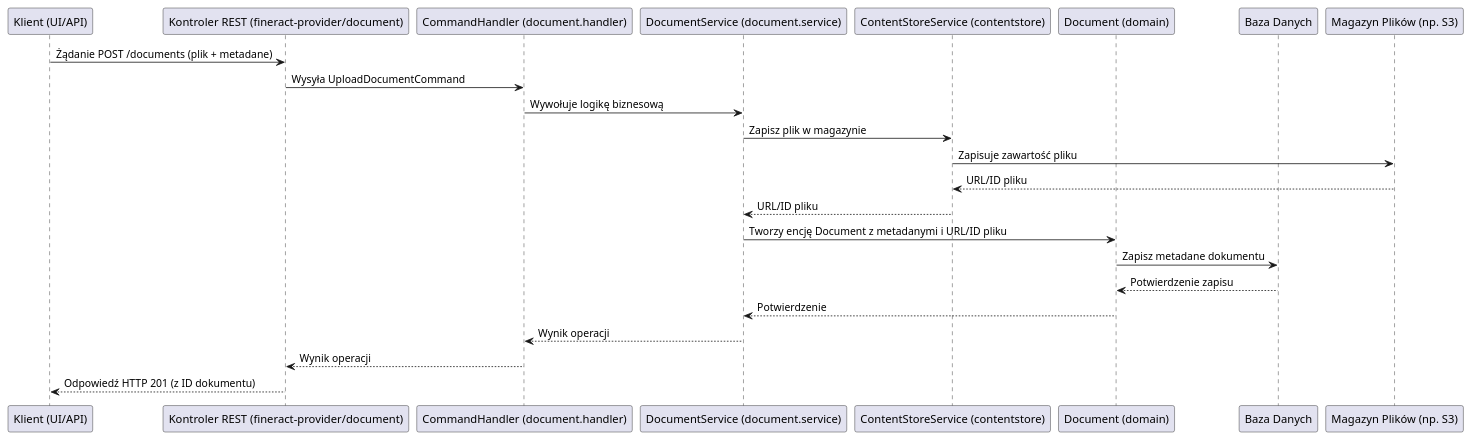
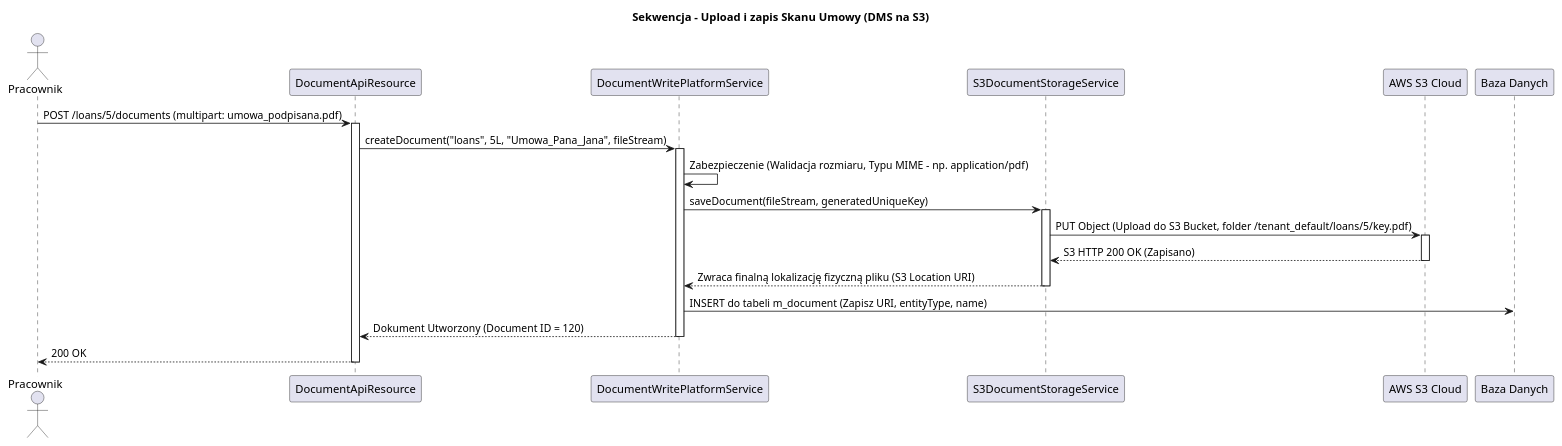
Before and after one commit to mrkwjck/fineract: the second of 2 diagrams in docs/fineract-document.md, drawn with PlantUML. The commit also changed other lines of this file and 36 other files, not shown here.

````diff
--- a/docs/fineract-document.md
+++ b/docs/fineract-document.md
@@ -31,28 +49,37 @@
 ```plantuml
 @startuml
-participant "Klient (UI/API)" as Client
-participant "Kontroler REST (fineract-provider/document)" as DocumentController
-participant "CommandHandler (document.handler)" as DocumentCommandHandler
-participant "DocumentService (document.service)" as DocumentService
-participant "ContentStoreService (contentstore)" as ContentStoreService
-participant "Document (domain)" as DocumentEntity
-participant "Baza Danych" as Database
-participant "Magazyn Plików (np. S3)" as FileStorage
+title Sekwencja - Upload i zapis Skanu Umowy (DMS na S3)
 
-Client -> DocumentController: Żądanie POST /documents (plik + metadane)
-DocumentController -> DocumentCommandHandler: Wysyła UploadDocumentCommand
-DocumentCommandHandler -> DocumentService: Wywołuje logikę biznesową
-DocumentService -> ContentStoreService: Zapisz plik w magazynie
-ContentStoreService -> FileStorage: Zapisuje zawartość pliku
-FileStorage --> ContentStoreService: URL/ID pliku
-ContentStoreService --> DocumentService: URL/ID pliku
-DocumentService -> DocumentEntity: Tworzy encję Document z metadanymi i URL/ID pliku
-DocumentEntity -> Database: Zapisz metadane dokumentu
-Database --> DocumentEntity: Potwierdzenie zapisu
-DocumentEntity --> DocumentService: Potwierdzenie
-DocumentService --> DocumentCommandHandler: Wynik operacji
-DocumentCommandHandler --> DocumentController: Wynik operacji
-DocumentController --> Client: Odpowiedź HTTP 201 (z ID dokumentu)
+actor Pracownik as user
+participant "DocumentApiResource" as api
+participant "DocumentWritePlatformService" as svc
+participant "S3DocumentStorageService" as s3
+participant "AWS S3 Cloud" as cloud
+participant "Baza Danych" as db
 
+user -> api: POST /loans/5/documents (multipart: umowa_podpisana.pdf)
+activate api
+
+api -> svc: createDocument("loans", 5L, "Umowa_Pana_Jana", fileStream)
+activate svc
+
+svc -> svc: Zabezpieczenie (Walidacja rozmiaru, Typu MIME - np. application/pdf)
+svc -> s3: saveDocument(fileStream, generatedUniqueKey)
+activate s3
+
+s3 -> cloud: PUT Object (Upload do S3 Bucket, folder /tenant_default/loans/5/key.pdf)
+activate cloud
+cloud --> s3: S3 HTTP 200 OK (Zapisano)
+deactivate cloud
+
+s3 --> svc: Zwraca finalną lokalizację fizyczną pliku (S3 Location URI)
+deactivate s3
+
+svc -> db: INSERT do tabeli m_document (Zapisz URI, entityType, name)
+svc --> api: Dokument Utworzony (Document ID = 120)
+deactivate svc
+
+api --> user: 200 OK
+deactivate api
 @enduml
 ```
````
